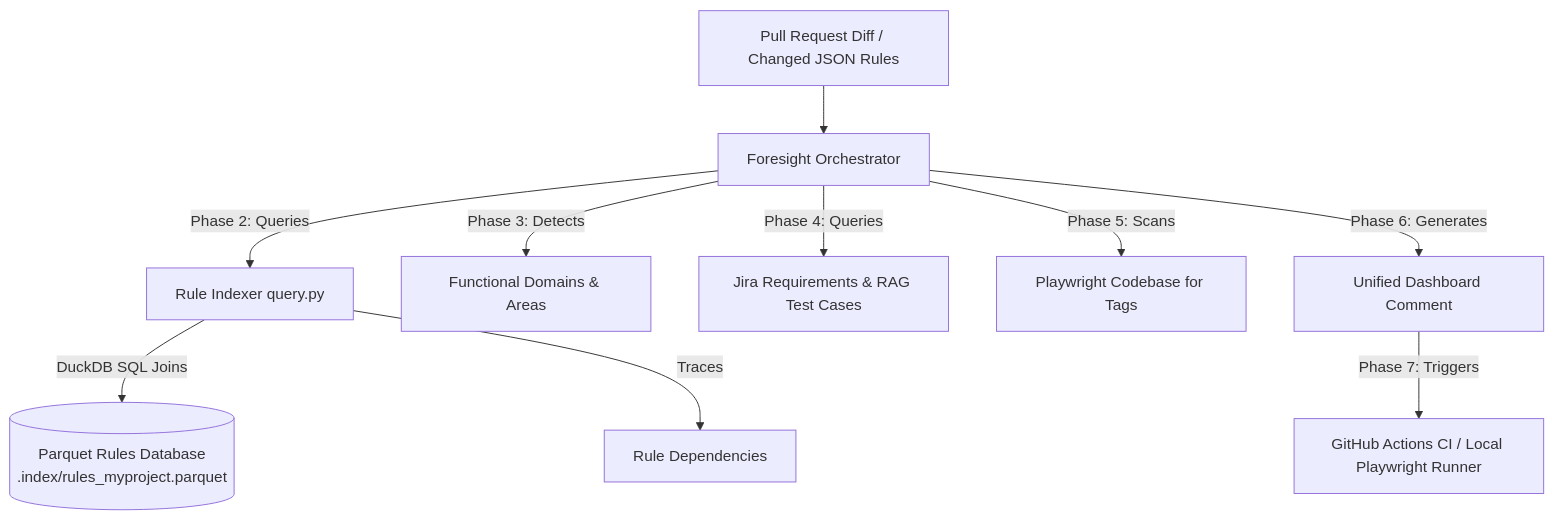
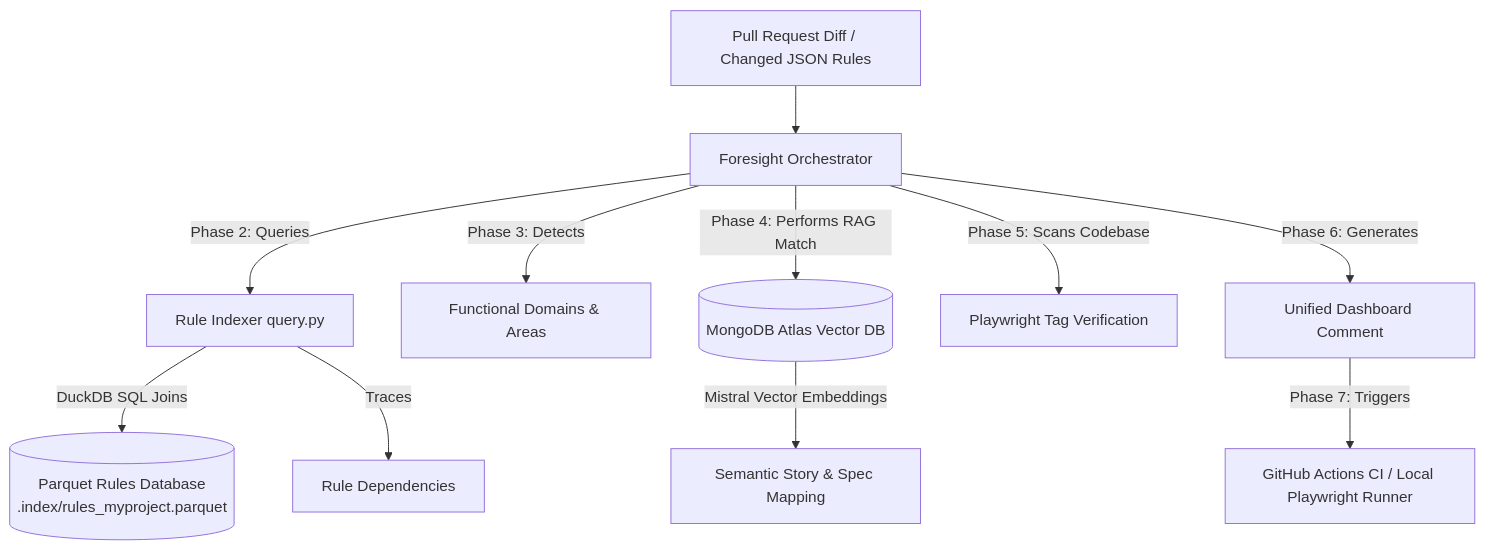
One commit to ReshmaAIAutomation/regression-foresight-agent- changed the diagram in README.md. Above: the diagram before and after it, drawn with Mermaid. The commit also changed other lines of this file, not shown here.

Commit message:
docs: highlight RAG Vector Search architecture, system flow, and feature set in README

````diff
--- a/README.md
+++ b/README.md
@@ -18,12 +19,13 @@
 ```mermaid
 graph TD
     A[Pull Request Diff / Changed JSON Rules] --> B[Foresight Orchestrator]
     B -->|Phase 2: Queries| C[Rule Indexer query.py]
     C -->|DuckDB SQL Joins| D[(Parquet Rules Database<br>.index/rules_myproject.parquet)]
     C -->|Traces| E[Rule Dependencies]
     B -->|Phase 3: Detects| F[Functional Domains & Areas]
-    B -->|Phase 4: Queries| G[Jira Requirements & RAG Test Cases]
-    B -->|Phase 5: Scans| H[Playwright Codebase for Tags]
-    B -->|Phase 6: Generates| I[Unified Dashboard Comment]
-    I -->|Phase 7: Triggers| J[GitHub Actions CI / Local Playwright Runner]
+    B -->|Phase 4: Performs RAG Match| G[(MongoDB Atlas Vector DB)]
+    G -->|Mistral Vector Embeddings| H[Semantic Story & Spec Mapping]
+    B -->|Phase 5: Scans Codebase| I[Playwright Tag Verification]
+    B -->|Phase 6: Generates| J[Unified Dashboard Comment]
+    J -->|Phase 7: Triggers| K[GitHub Actions CI / Local Playwright Runner]
 ```
````
